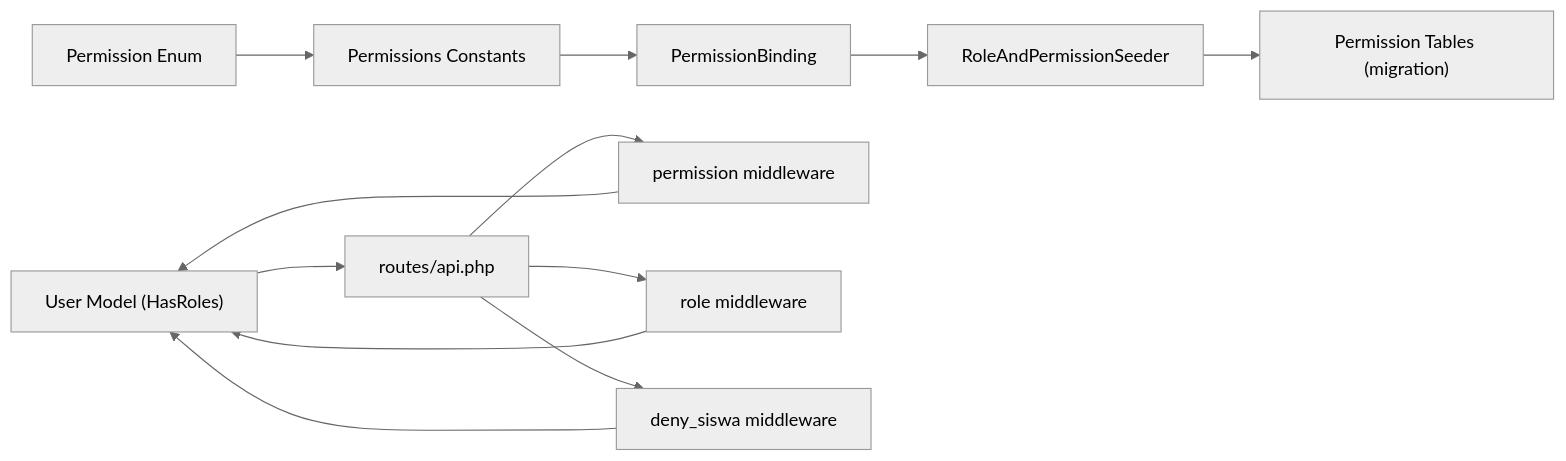
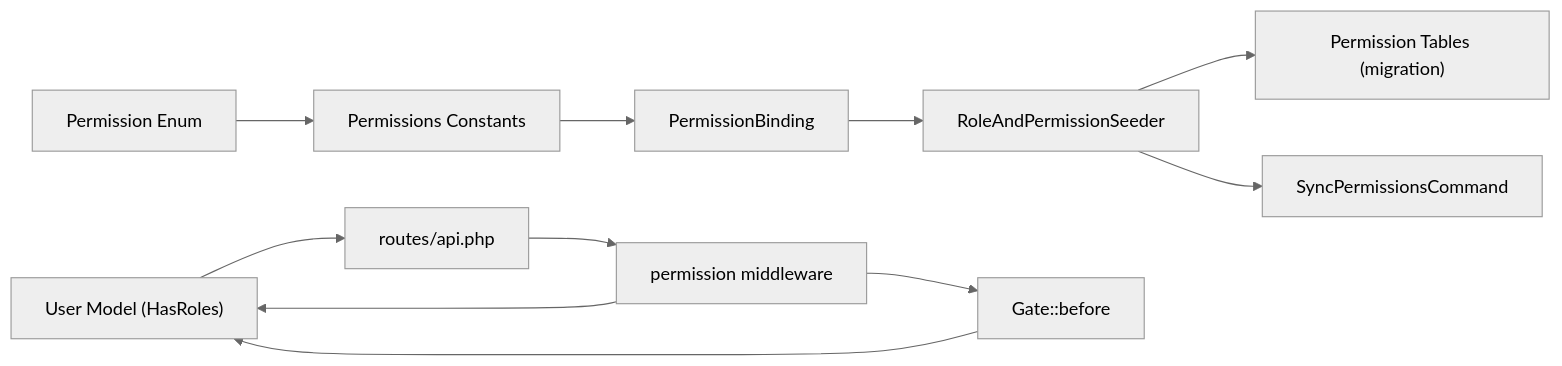
One commit to Fathurrahman-R/Manajemen-Keuangan-dan-SPP-Handayani changed the fifth of 5 diagrams in .qoder/repowiki/en/content/Authentication & Authorization/Permission System & Access Control.md. Above: the diagram before and after it, drawn with Mermaid (neutral theme). The commit also changed other lines of this file and 32 other files, not shown here.

````diff
--- a/.qoder/repowiki/en/content/Authentication & Authorization/Permission System & Access Control.md
+++ b/.qoder/repowiki/en/content/Authentication & Authorization/Permission System & Access Control.md
@@ -313,14 +324,13 @@
 ```mermaid
 graph LR
 Enum["Permission Enum"] --> Consts["Permissions Constants"]
 Consts --> Binding["PermissionBinding"]
 Binding --> Seeder["RoleAndPermissionSeeder"]
 Seeder --> DB["Permission Tables (migration)"]
 User["User Model (HasRoles)"] --> Routes["routes/api.php"]
 Routes --> PermMid["permission middleware"]
-Routes --> RoleMid["role middleware"]
-Routes --> DenyMid["deny_siswa middleware"]
 PermMid --> User
-RoleMid --> User
-DenyMid --> User
+PermMid --> Gate["Gate::before"]
+Gate --> User
+Seeder --> SyncCmd["SyncPermissionsCommand"]
 ```
````
